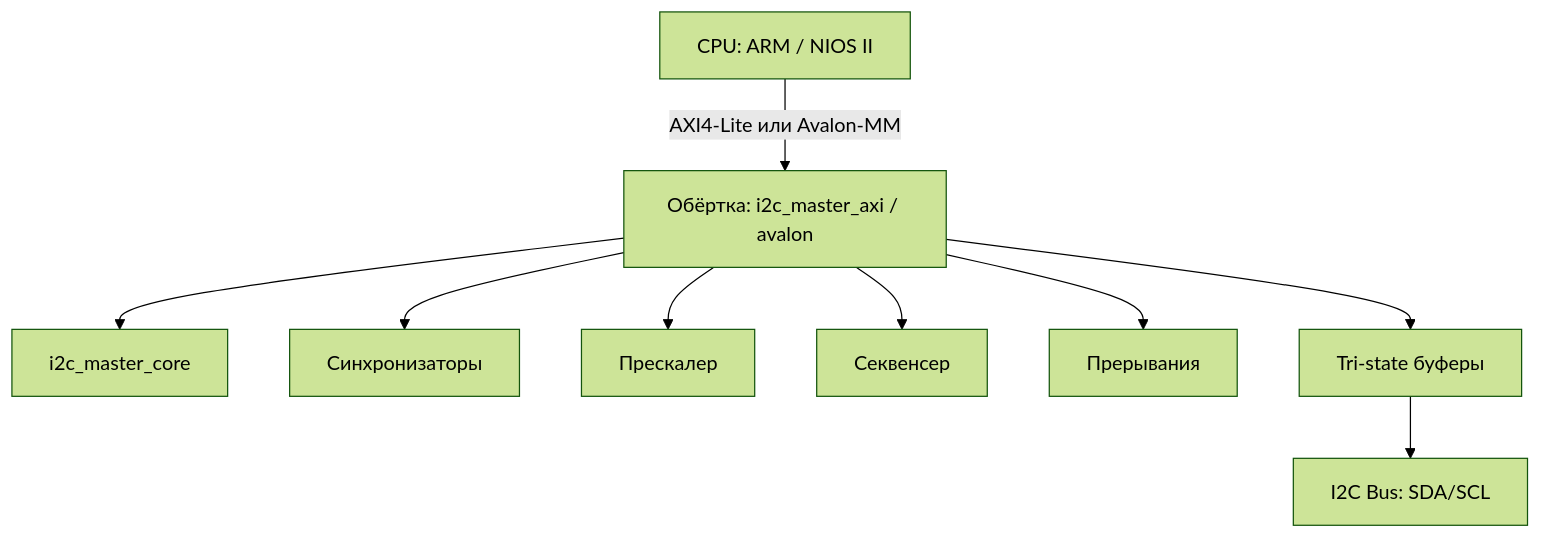
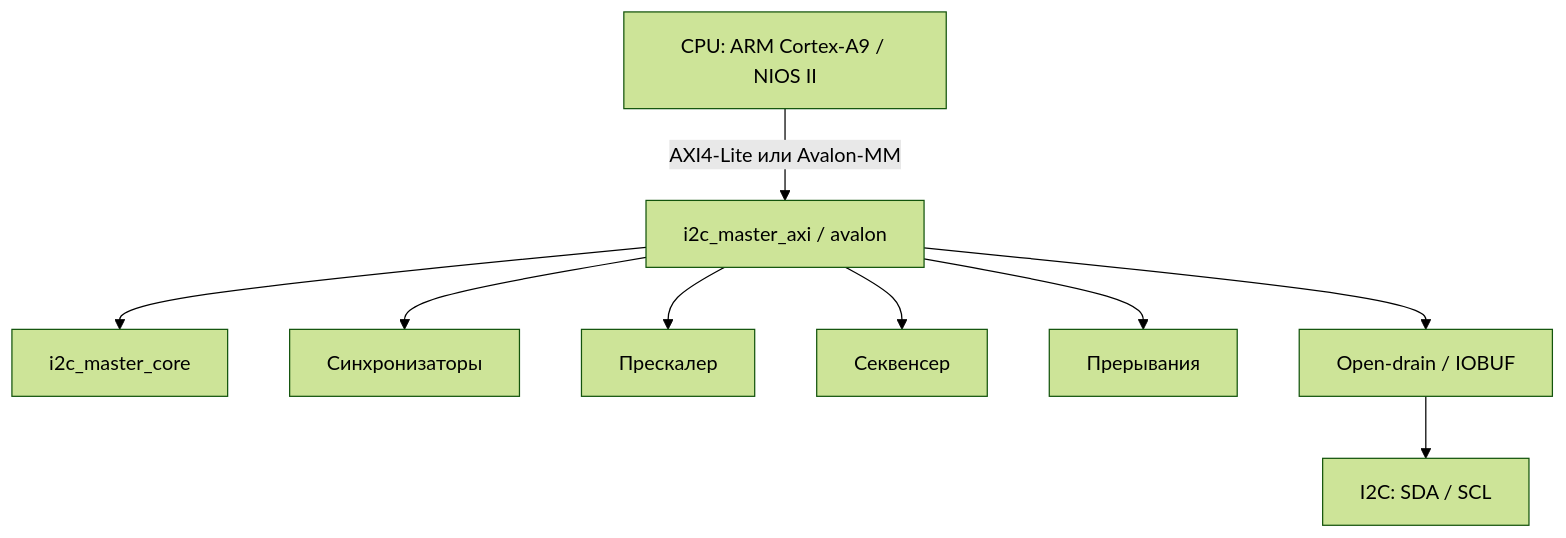
One commit to megalloid/I2C_Master_Controller changed the diagram in README.md. Above: the diagram before and after it, drawn with Mermaid (forest theme). The commit also changed other lines of this file, not shown here.

````diff
--- a/README.md
+++ b/README.md
@@ -27,11 +37,11 @@
 ```mermaid
 graph TD
-    PS[CPU: ARM / NIOS II] -->|AXI4-Lite или Avalon-MM| WRAP[Обёртка: i2c_master_axi / avalon]
+    PS[CPU: ARM Cortex-A9 / NIOS II] -->|AXI4-Lite или Avalon-MM| WRAP[i2c_master_axi / avalon]
     WRAP --> CORE[i2c_master_core]
     WRAP --> SYNC[Синхронизаторы]
     WRAP --> PRE[Прескалер]
     WRAP --> SEQ[Секвенсер]
     WRAP --> IRQ[Прерывания]
-    WRAP --> BUF[Tri-state буферы]
-    BUF --> BUS[I2C Bus: SDA/SCL]
+    WRAP --> BUF[Open-drain / IOBUF]
+    BUF --> BUS[I2C: SDA / SCL]
 ```
````
